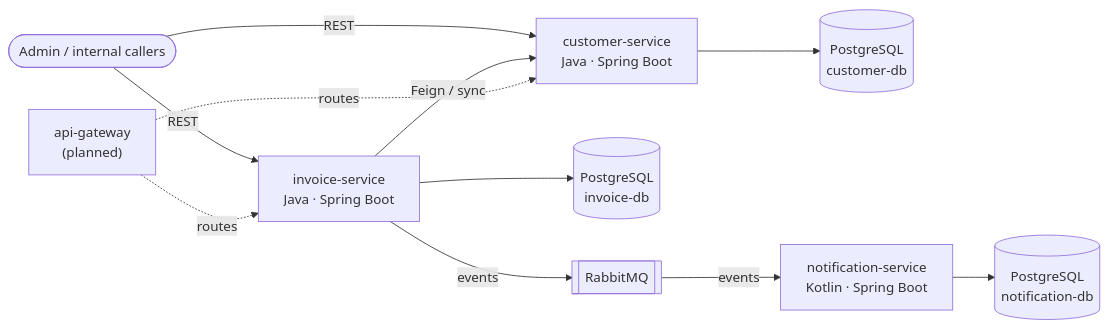
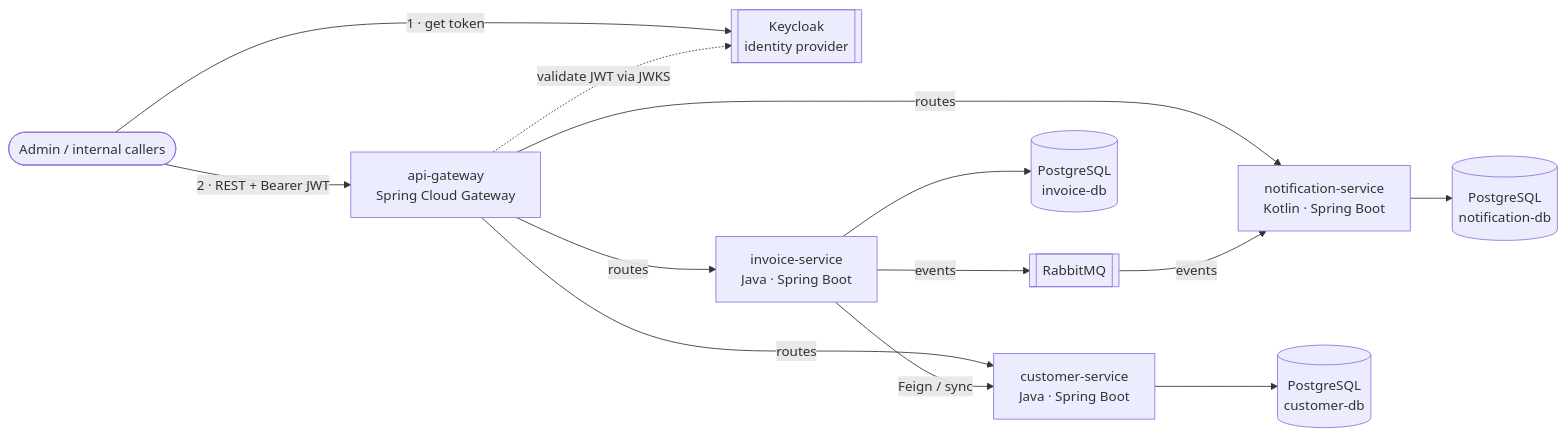
Before and after one commit to MCB1998/billing-platform: the diagram in README.md, drawn with Mermaid. The commit also changed other lines of this file and 2 other files, not shown here.

First line of the commit message:
Feature/api gateway adrs (#12)

````diff
--- a/README.md
+++ b/README.md
@@ -17,19 +17,21 @@
 ```mermaid
 flowchart LR
     admin([Admin / internal callers])
+    kc[["Keycloak<br/>identity provider"]]
 
-    admin -->|REST| cs["customer-service<br/>Java · Spring Boot"]
+    admin -->|1 · get token| kc
+    admin -->|2 · REST + Bearer JWT| gw["api-gateway<br/>Spring Cloud Gateway"]
+    gw -.->|validate JWT via JWKS| kc
+
+    gw -->|routes| cs["customer-service<br/>Java · Spring Boot"]
+    gw -->|routes| inv["invoice-service<br/>Java · Spring Boot"]
+    gw -->|routes| notif["notification-service<br/>Kotlin · Spring Boot"]
+
     cs --> csdb[("PostgreSQL<br/>customer-db")]
+    inv --> invdb[("PostgreSQL<br/>invoice-db")]
+    notif --> notifdb[("PostgreSQL<br/>notification-db")]
 
-    admin -->|REST| inv["invoice-service<br/>Java · Spring Boot"]
-    inv --> invdb[("PostgreSQL<br/>invoice-db")]
     inv -->|Feign / sync| cs
     inv -->|events| mq[["RabbitMQ"]]
-    mq -->|events| notif["notification-service<br/>Kotlin · Spring Boot"]
-    notif --> notifdb[("PostgreSQL<br/>notification-db")]
-
-    %% Planned services (not yet implemented)
-    gw["api-gateway<br/>(planned)"]
-    gw -.->|routes| cs
-    gw -.->|routes| inv
+    mq -->|events| notif
 ```
````
